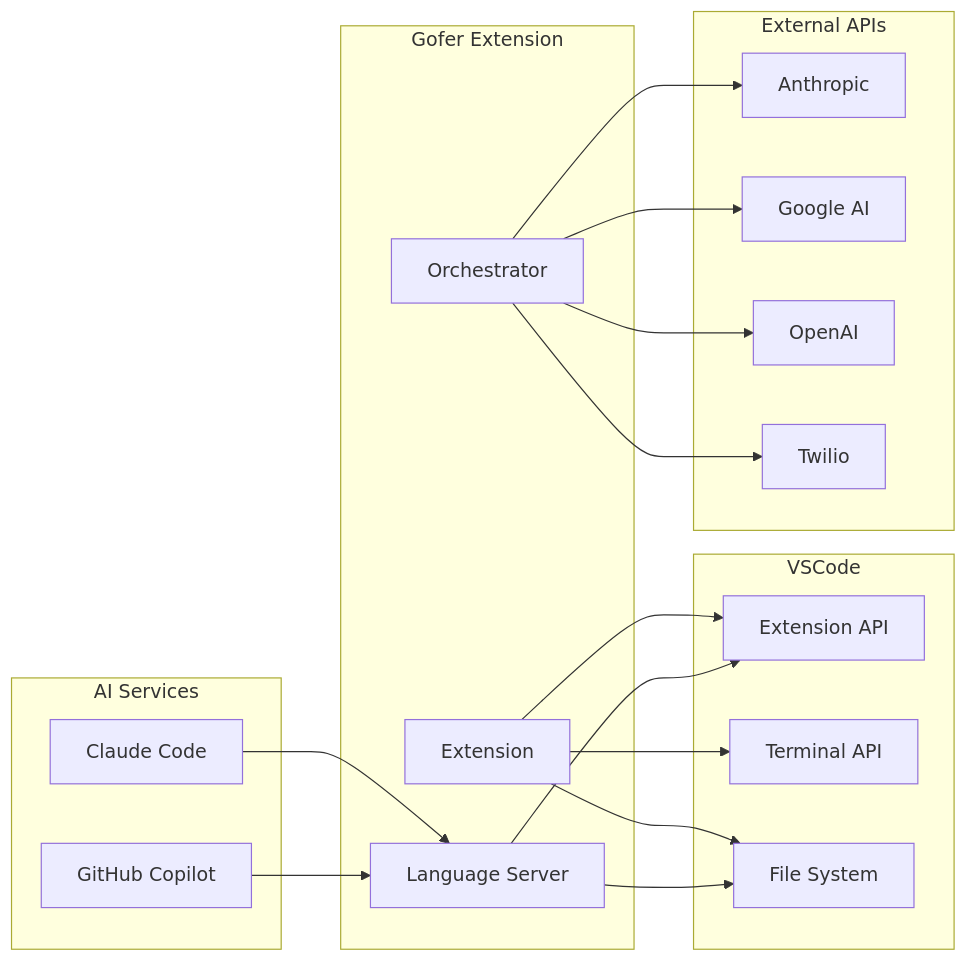
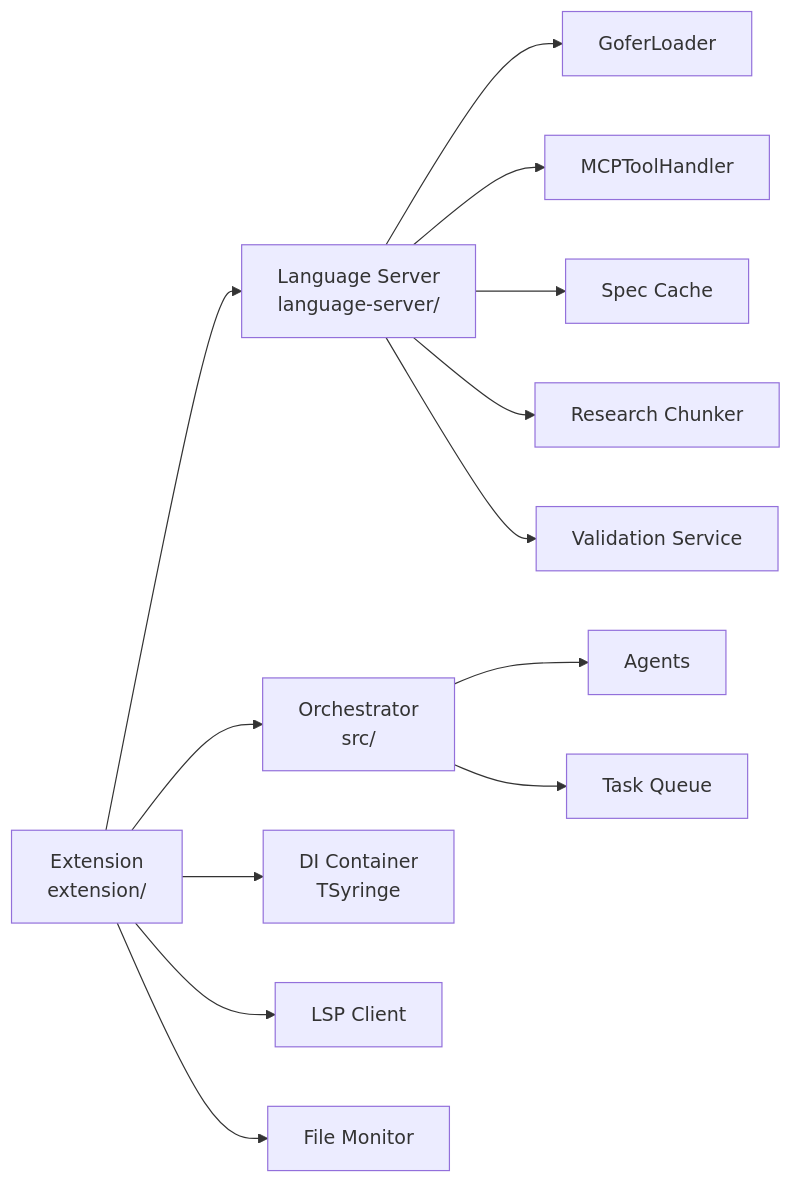
Before and after one commit to eai-tools/eai-gofer: the second of 2 diagrams in .tech-docs/dependencies.md, drawn with Mermaid. The commit also changed other lines of this file and 6 other files, not shown here.

````diff
--- a/.tech-docs/dependencies.md
+++ b/.tech-docs/dependencies.md
@@ -300,38 +326,17 @@
 ```mermaid
 graph LR
-    subgraph Gofer Extension
-        EXT[Extension]
-        LS[Language Server]
-        ORCH[Orchestrator]
-    end
-
-    subgraph VSCode
-        API[Extension API]
-        TERM[Terminal API]
-        FS[File System]
-    end
-
-    subgraph AI Services
-        CLAUDE[Claude Code]
-        COPILOT[GitHub Copilot]
-    end
-
-    subgraph External APIs
-        ANTHRO[Anthropic]
-        GOOGLE[Google AI]
-        OPENAI[OpenAI]
-        TWILIO[Twilio]
-    end
-
-    EXT --> API
-    EXT --> TERM
-    EXT --> FS
-    LS --> API
-    LS --> FS
-    ORCH --> ANTHRO
-    ORCH --> GOOGLE
-    ORCH --> OPENAI
-    ORCH --> TWILIO
-    CLAUDE --> LS
-    COPILOT --> LS
+    EXT[Extension<br/>extension/] --> LS[Language Server<br/>language-server/]
+    EXT --> ORCH[Orchestrator<br/>src/]
+    LS --> GOFER_LOADER[GoferLoader]
+    LS --> MCP_HANDLER[MCPToolHandler]
+    ORCH --> AGENT[Agents]
+    ORCH --> QUEUE[Task Queue]
+    
+    EXT --> DI[DI Container<br/>TSyringe]
+    EXT --> LSP_CLIENT[LSP Client]
+    EXT --> FILE_MONITOR[File Monitor]
+    
+    LS --> SPEC_CACHE[Spec Cache]
+    LS --> RESEARCH_CHUNKER[Research Chunker]
+    LS --> VALIDATION[Validation Service]
 ```
````
